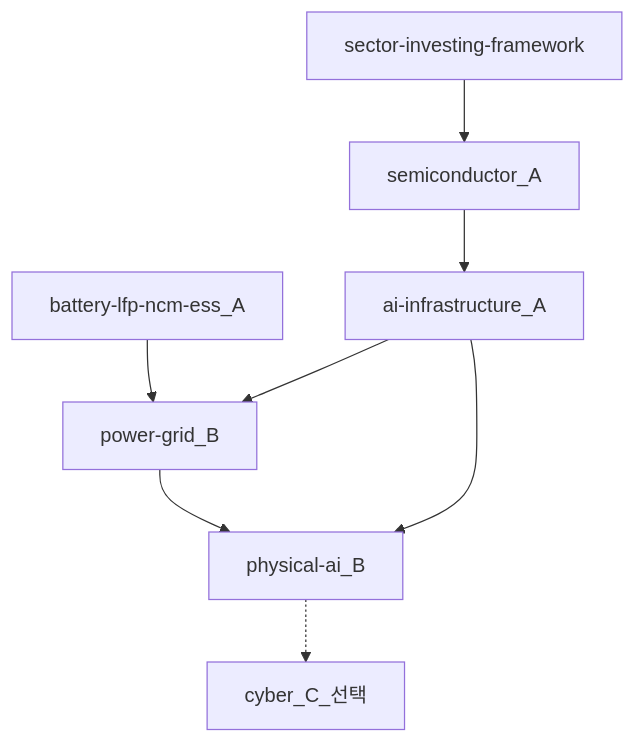
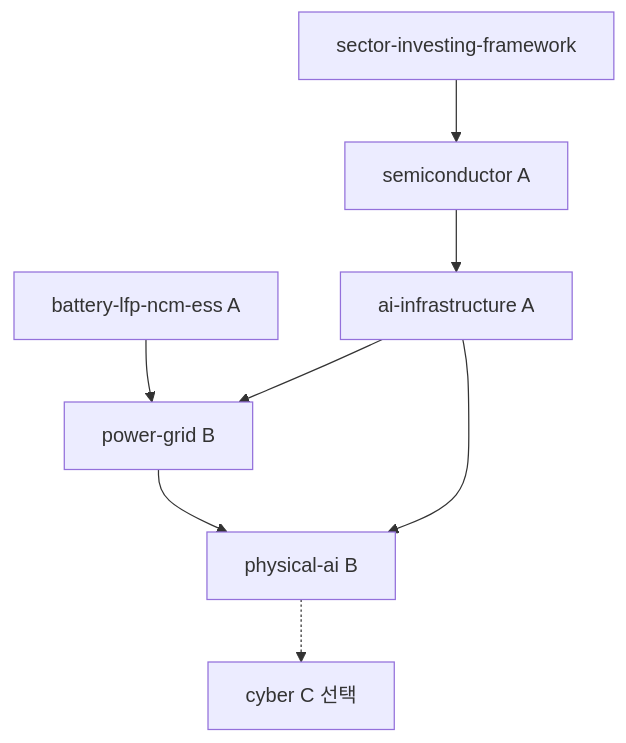
The first of 4 diagrams in 03-markets/sectors/recommended-deep-study-roadmap.md (goldanghenry/Finances), drawn with Mermaid before and after one commit. The commit also changed other lines of this file and 211 other files, not shown here.

````diff
--- a/03-markets/sectors/recommended-deep-study-roadmap.md
+++ b/03-markets/sectors/recommended-deep-study-roadmap.md
@@ -110,17 +116,17 @@
 ```mermaid
 flowchart TB
   FW[sector-investing-framework]
-  Semi[semiconductor_A]
-  Bat[battery-lfp-ncm-ess_A]
-  AI[ai-infrastructure_A]
-  Grid[power-grid_B]
-  Phys[physical-ai_B]
-  Cyber[cyber_C_선택]
+  Semi["semiconductor A"]
+  Bat["battery-lfp-ncm-ess A"]
+  AI["ai-infrastructure A"]
+  Grid["power-grid B"]
+  Phys["physical-ai B"]
+  Cyber["cyber C 선택"]
   FW --> Semi
   Semi --> AI
   Bat --> Grid
   AI --> Grid
   AI --> Phys
   Grid --> Phys
   Phys -.-> Cyber
 ```
````
